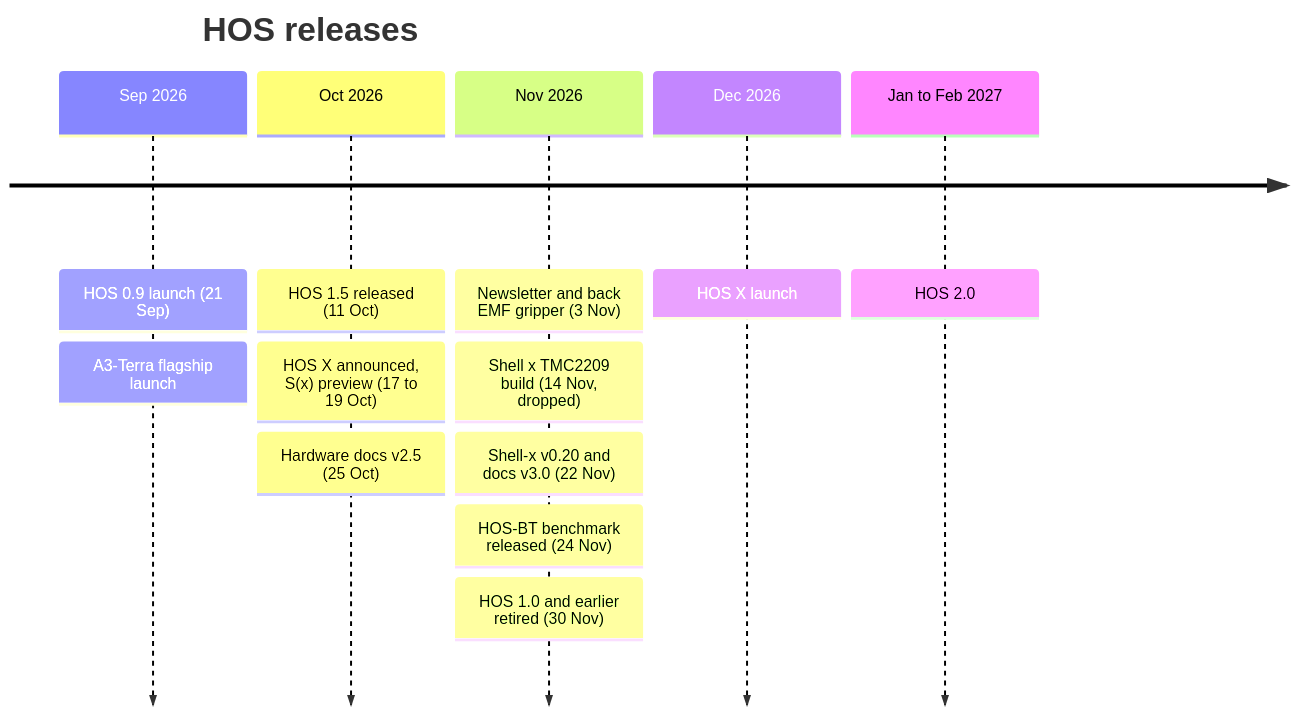
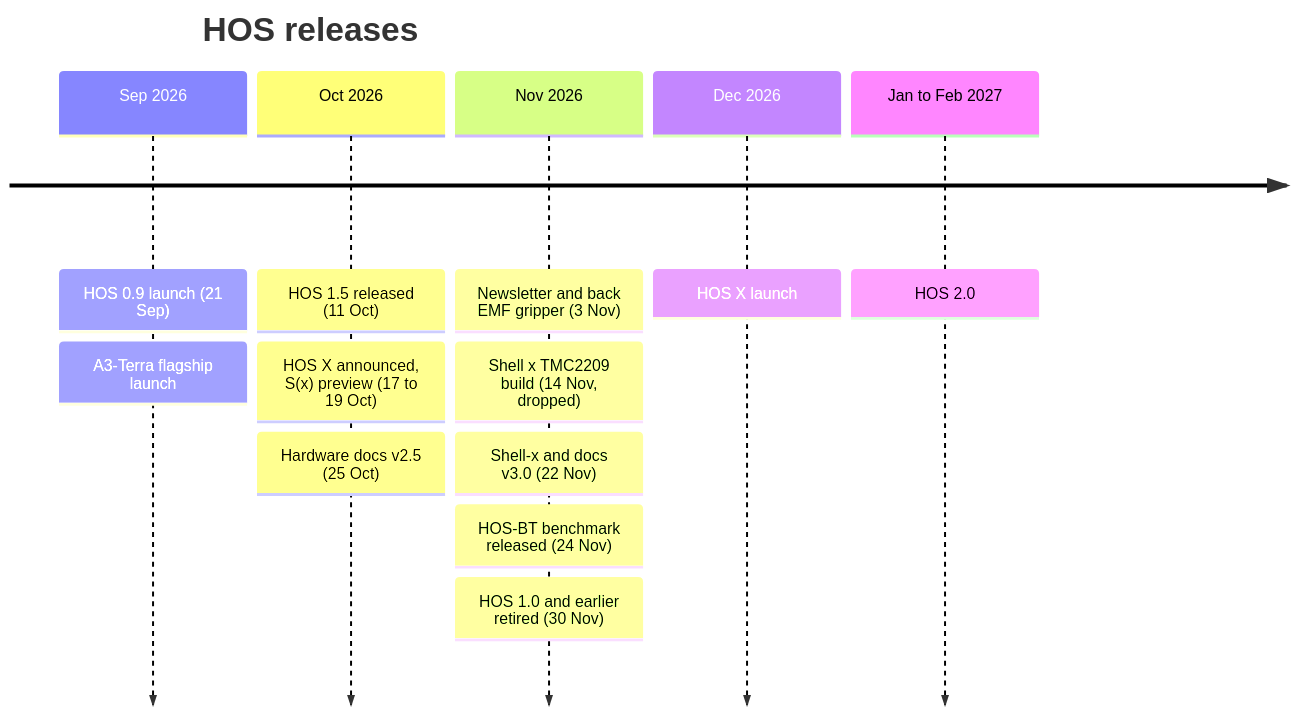
The first of 3 diagrams in README.md (Aarav-111/Humanoid-Operating-System), drawn with Mermaid before and after one commit. The commit also changed other lines of this file, not shown here.

First line of the commit message:
Revise Shell-x documentation and version references

````diff
--- a/README.md
+++ b/README.md
@@ -49,16 +49,16 @@
 ```mermaid
 timeline
     title HOS releases
     Sep 2026 : HOS 0.9 launch (21 Sep)
              : A3-Terra flagship launch
     Oct 2026 : HOS 1.5 released (11 Oct)
              : HOS X announced, S(x) preview (17 to 19 Oct)
              : Hardware docs v2.5 (25 Oct)
     Nov 2026 : Newsletter and back EMF gripper (3 Nov)
              : Shell x TMC2209 build (14 Nov, dropped)
-             : Shell-x v0.20 and docs v3.0 (22 Nov)
+             : Shell-x and docs v3.0 (22 Nov)
              : HOS-BT benchmark released (24 Nov)
              : HOS 1.0 and earlier retired (30 Nov)
     Dec 2026 : HOS X launch
     Jan to Feb 2027 : HOS 2.0
 ```
````
